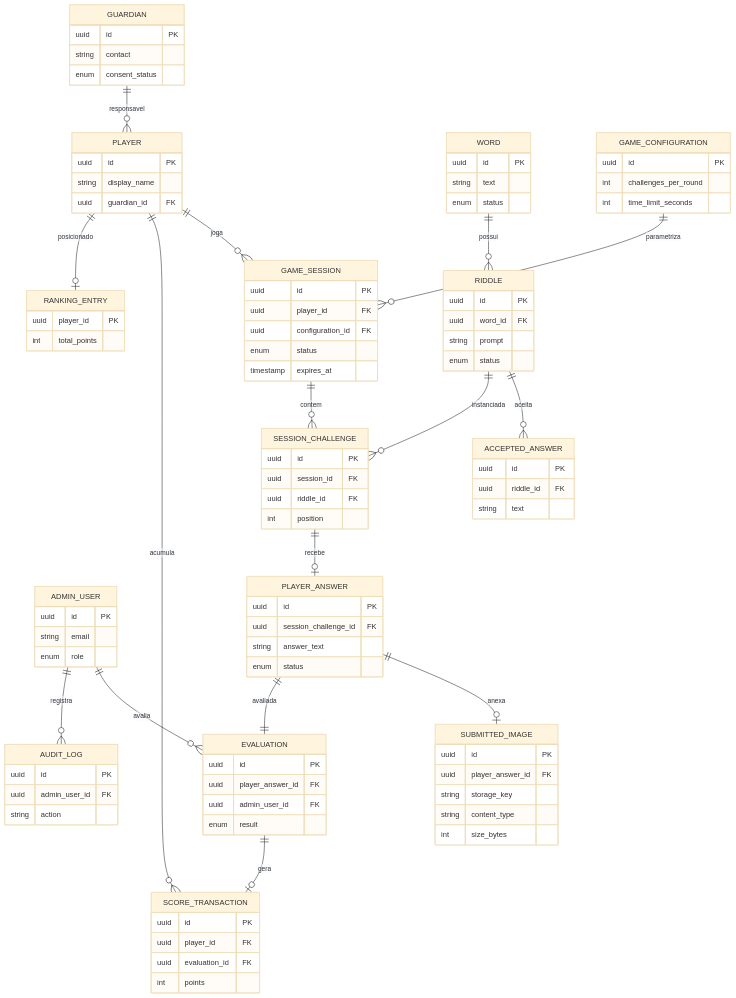
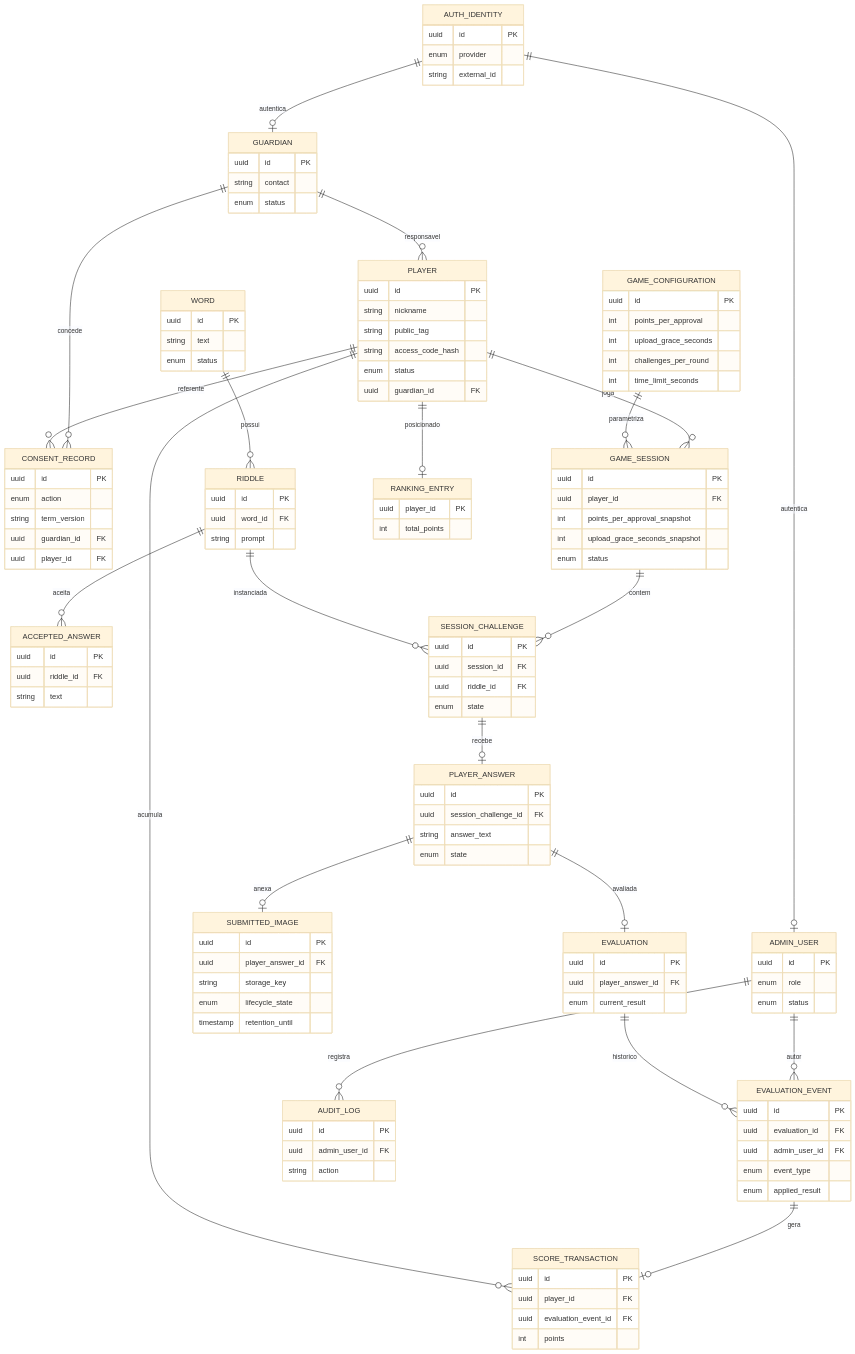
One commit to BrunoMNoronha/annalu changed the diagram in docs/07-modelo-de-dados-inicial.md. Above: the diagram before and after it, drawn with Mermaid (base theme). The commit also changed other lines of this file and 8 other files, not shown here.

````diff
--- a/docs/07-modelo-de-dados-inicial.md
+++ b/docs/07-modelo-de-dados-inicial.md
@@ -205,19 +229,34 @@
 ```mermaid
 erDiagram
-    PLAYER {
+    AUTH_IDENTITY {
       uuid id PK
-      string display_name
-      uuid guardian_id FK
+      enum provider
+      string external_id
     }
     GUARDIAN {
       uuid id PK
       string contact
-      enum consent_status
+      enum status
+    }
+    CONSENT_RECORD {
+      uuid id PK
+      enum action
+      string term_version
+      uuid guardian_id FK
+      uuid player_id FK
+    }
+    PLAYER {
+      uuid id PK
+      string nickname
+      string public_tag
+      string access_code_hash
+      enum status
+      uuid guardian_id FK
     }
     ADMIN_USER {
       uuid id PK
-      string email
       enum role
+      enum status
     }
     WORD {
       uuid id PK
@@ -228,7 +267,6 @@
       uuid id PK
       uuid word_id FK
       string prompt
-      enum status
     }
     ACCEPTED_ANSWER {
       uuid id PK
@@ -237,45 +275,53 @@
     }
     GAME_CONFIGURATION {
       uuid id PK
+      int points_per_approval
+      int upload_grace_seconds
       int challenges_per_round
       int time_limit_seconds
     }
     GAME_SESSION {
       uuid id PK
       uuid player_id FK
-      uuid configuration_id FK
+      int points_per_approval_snapshot
+      int upload_grace_seconds_snapshot
       enum status
-      timestamp expires_at
     }
     SESSION_CHALLENGE {
       uuid id PK
       uuid session_id FK
       uuid riddle_id FK
-      int position
+      enum state
     }
     PLAYER_ANSWER {
       uuid id PK
       uuid session_challenge_id FK
       string answer_text
-      enum status
+      enum state
     }
     SUBMITTED_IMAGE {
       uuid id PK
       uuid player_answer_id FK
       string storage_key
-      string content_type
-      int size_bytes
+      enum lifecycle_state
+      timestamp retention_until
     }
     EVALUATION {
       uuid id PK
       uuid player_answer_id FK
+      enum current_result
+    }
+    EVALUATION_EVENT {
+      uuid id PK
+      uuid evaluation_id FK
       uuid admin_user_id FK
-      enum result
+      enum event_type
+      enum applied_result
     }
     SCORE_TRANSACTION {
       uuid id PK
       uuid player_id FK
-      uuid evaluation_id FK
+      uuid evaluation_event_id FK
       int points
     }
     RANKING_ENTRY {
@@ -288,9 +334,13 @@
       string action
     }
 
+    AUTH_IDENTITY ||--o| GUARDIAN : autentica
+    AUTH_IDENTITY ||--o| ADMIN_USER : autentica
     GUARDIAN ||--o{ PLAYER : responsavel
+    GUARDIAN ||--o{ CONSENT_RECORD : concede
+    PLAYER ||--o{ CONSENT_RECORD : referente
     PLAYER ||--o{ GAME_SESSION : joga
-    ADMIN_USER ||--o{ EVALUATION : avalia
+    ADMIN_USER ||--o{ EVALUATION_EVENT : autor
     ADMIN_USER ||--o{ AUDIT_LOG : registra
     WORD ||--o{ RIDDLE : possui
     RIDDLE ||--o{ ACCEPTED_ANSWER : aceita
@@ -299,8 +349,9 @@
     RIDDLE ||--o{ SESSION_CHALLENGE : instanciada
     SESSION_CHALLENGE ||--o| PLAYER_ANSWER : recebe
     PLAYER_ANSWER ||--o| SUBMITTED_IMAGE : anexa
-    PLAYER_ANSWER ||--|| EVALUATION : avaliada
-    EVALUATION ||--o| SCORE_TRANSACTION : gera
+    PLAYER_ANSWER ||--o| EVALUATION : avaliada
+    EVALUATION ||--o{ EVALUATION_EVENT : historico
+    EVALUATION_EVENT ||--o| SCORE_TRANSACTION : gera
     PLAYER ||--o{ SCORE_TRANSACTION : acumula
     PLAYER ||--o| RANKING_ENTRY : posicionado
 ```
````
